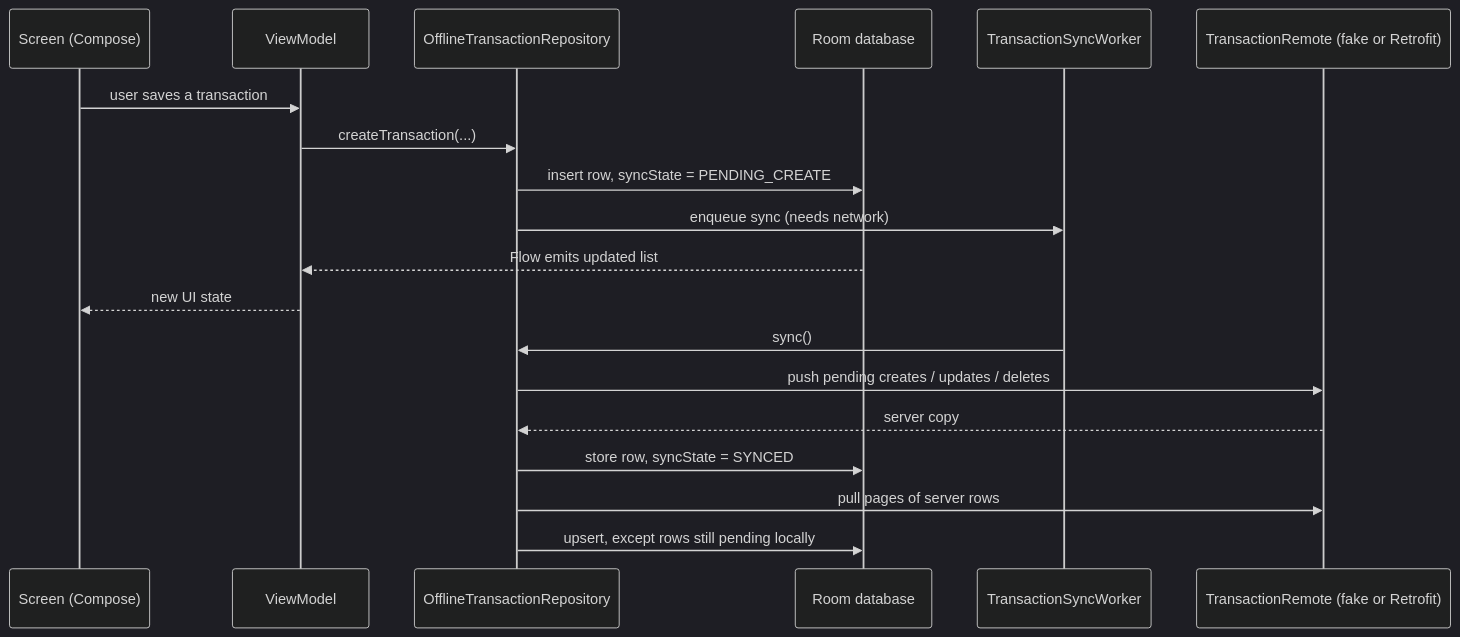
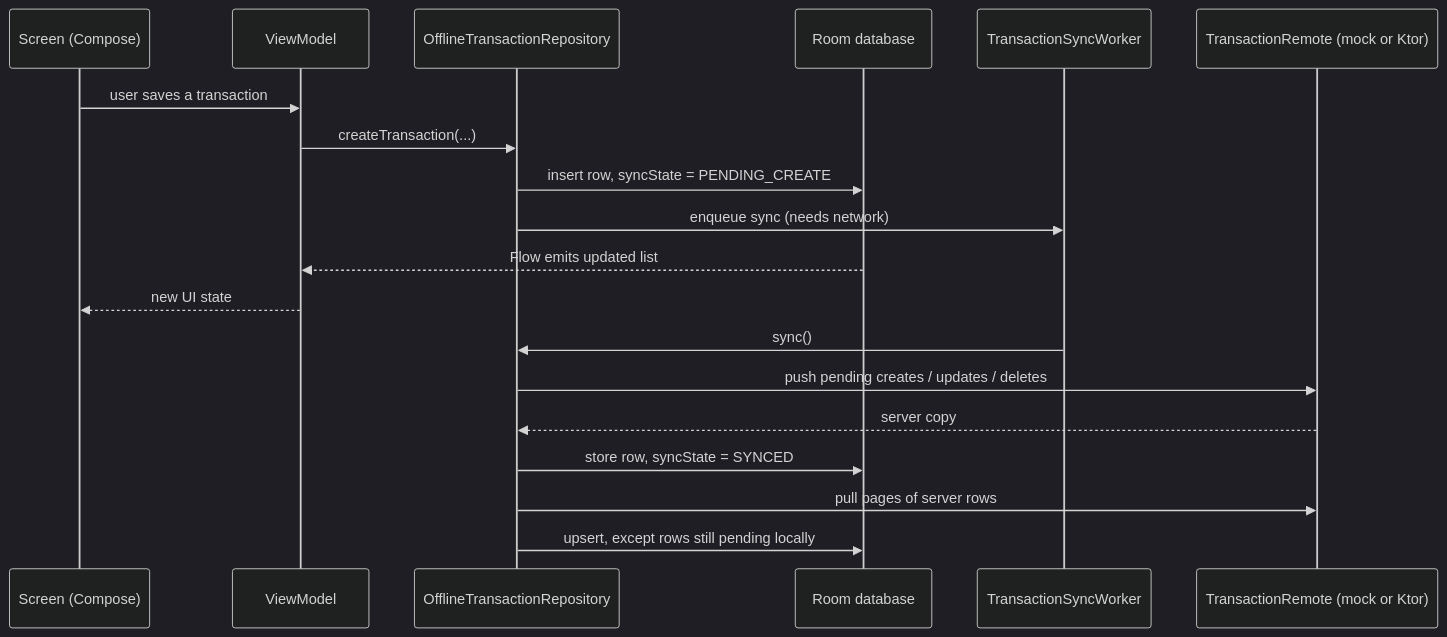
The second of 2 diagrams in docs/ARCHITECTURE.md (sourabhrustagi/Personal-ledger-android), drawn with Mermaid (dark theme) before and after one commit. The commit also changed other lines of this file and 88 other files, not shown here.

First line of the commit message:
Replace Retrofit with Ktor and load categories and force-update from the static API.

````diff
--- a/docs/ARCHITECTURE.md
+++ b/docs/ARCHITECTURE.md
@@ -66,22 +66,22 @@
 ```mermaid
 sequenceDiagram
     participant UI as Screen (Compose)
     participant VM as ViewModel
     participant Repo as OfflineTransactionRepository
     participant Room as Room database
     participant Work as TransactionSyncWorker
-    participant Remote as TransactionRemote (fake or Retrofit)
+    participant Remote as TransactionRemote (mock or Ktor)
 
     UI->>VM: user saves a transaction
     VM->>Repo: createTransaction(...)
     Repo->>Room: insert row, syncState = PENDING_CREATE
     Repo->>Work: enqueue sync (needs network)
     Room-->>VM: Flow emits updated list
     VM-->>UI: new UI state
     Work->>Repo: sync()
     Repo->>Remote: push pending creates / updates / deletes
     Remote-->>Repo: server copy
     Repo->>Room: store row, syncState = SYNCED
     Repo->>Remote: pull pages of server rows
     Repo->>Room: upsert, except rows still pending locally
 ```
````
